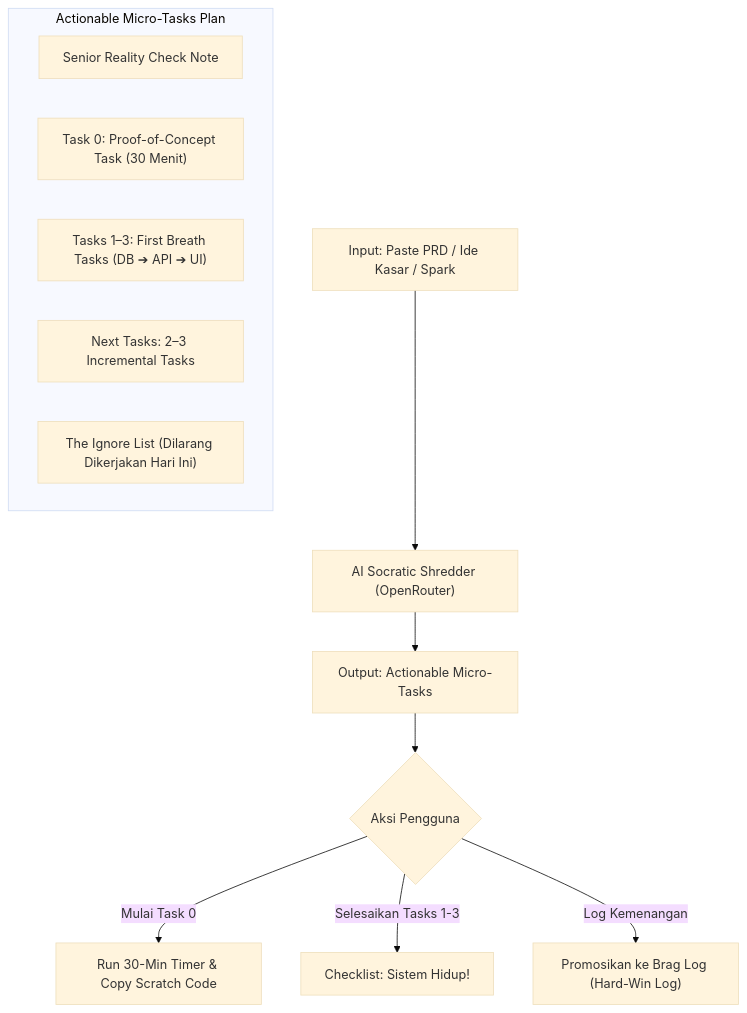
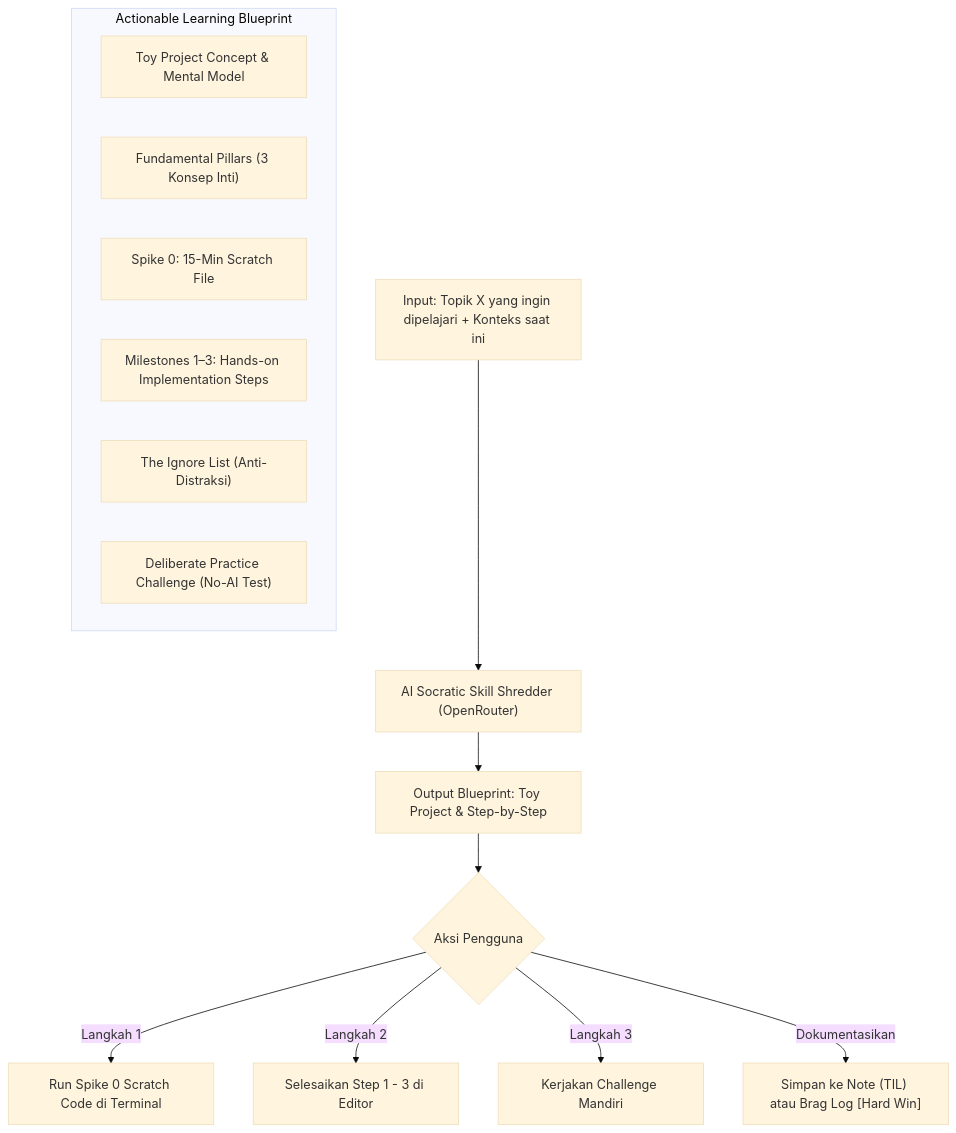
Before and after one commit to farissbayu/pdevlog: the diagram in docs/plan/prd-shredder.md, drawn with Mermaid (base theme). The commit also changed other lines of this file and 21 other files, not shown here.

First line of the commit message:
feat: add skill shredder and refresh landing

````diff
--- a/docs/plan/prd-shredder.md
+++ b/docs/plan/prd-shredder.md
@@ -61,18 +76,20 @@
 ```mermaid
 flowchart TD
-    A["Input: Paste PRD / Ide Kasar / Spark"] --> B["AI Socratic Shredder (OpenRouter)"]
-    B --> C["Output: Actionable Micro-Tasks"]
+    A["Input: Topik X yang ingin dipelajari + Konteks saat ini"] --> B["AI Socratic Skill Shredder (OpenRouter)"]
+    B --> C["Output Blueprint: Toy Project & Step-by-Step"]
     
-    subgraph Blueprint["Actionable Micro-Tasks Plan"]
-        C1["Senior Reality Check Note"]
-        C2["Task 0: Proof-of-Concept Task (30 Menit)"]
-        C3["Tasks 1–3: First Breath Tasks (DB ➔ API ➔ UI)"]
-        C4["Next Tasks: 2–3 Incremental Tasks"]
-        C5["The Ignore List (Dilarang Dikerjakan Hari Ini)"]
+    subgraph Blueprint["Actionable Learning Blueprint"]
+        C1["Toy Project Concept & Mental Model"]
+        C2["Fundamental Pillars (3 Konsep Inti)"]
+        C3["Spike 0: 15-Min Scratch File"]
+        C4["Milestones 1–3: Hands-on Implementation Steps"]
+        C5["The Ignore List (Anti-Distraksi)"]
+        C6["Deliberate Practice Challenge (No-AI Test)"]
     end
     
     C --> D{"Aksi Pengguna"}
-    D -->|Mulai Task 0| E["Run 30-Min Timer & Copy Scratch Code"]
-    D -->|Selesaikan Tasks 1-3| F["Checklist: Sistem Hidup!"]
-    D -->|Log Kemenangan| G["Promosikan ke Brag Log (Hard-Win Log)"]
+    D -->|Langkah 1| E["Run Spike 0 Scratch Code di Terminal"]
+    D -->|Langkah 2| F["Selesaikan Step 1 - 3 di Editor"]
+    D -->|Langkah 3| G["Kerjakan Challenge Mandiri"]
+    D -->|Dokumentasikan| H["Simpan ke Note (TIL) atau Brag Log [Hard Win]"]
 ```
````
